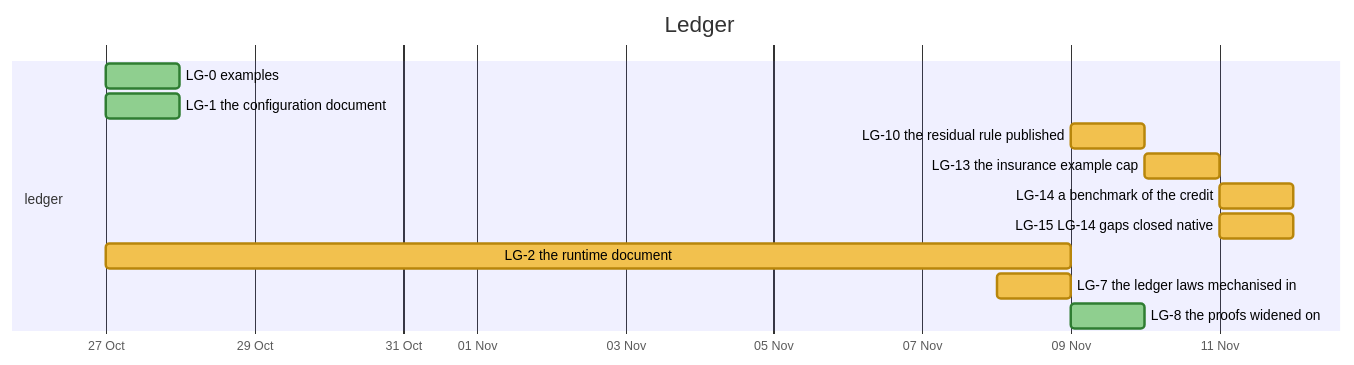
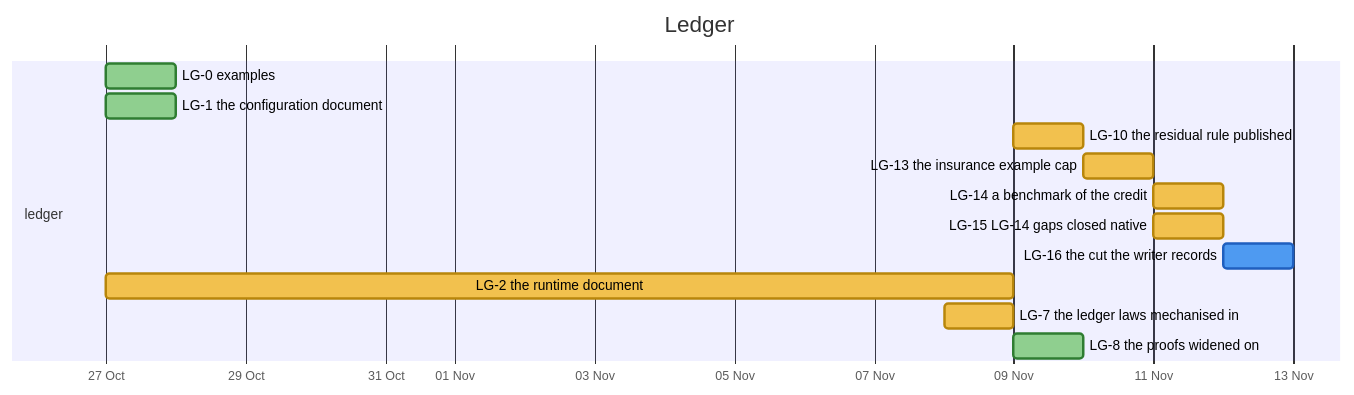
One commit to nebularis/lattice changed the tenth of 31 diagrams in docs/developer/ROADMAP.md. Above: the diagram before and after it, drawn with Mermaid. The commit also changed other lines of this file and 4 other files, not shown here.

````diff
--- a/docs/developer/ROADMAP.md
+++ b/docs/developer/ROADMAP.md
@@ -334,17 +334,18 @@
 ```mermaid
 %%{init: {"themeVariables": {"taskBkgColor": "#f2c14e", "taskBorderColor": "#b8860b", "taskTextColor": "#000000", "activeTaskBkgColor": "#4e9af1", "activeTaskBorderColor": "#1f5fbf", "activeTaskBorderColor": "#1f5fbf", "doneTaskBkgColor": "#8fcf8f", "doneTaskBorderColor": "#2f7d32", "critBkgColor": "#f28b82", "critBorderColor": "#b23a30", "taskTextDarkColor": "#000000", "taskTextLightColor": "#000000"}}}%%
 gantt
     title Ledger
     dateFormat YYYY-MM-DD
     axisFormat %d %b
     section ledger
     LG-0 examples :done, lg0, 2026-10-27, 2026-10-28
     LG-1 the configuration document :done, lg1, 2026-10-27, 2026-10-28
     LG-10 the residual rule published :lg10, 2026-11-09, 2026-11-10
     LG-13 the insurance example cap :lg13, 2026-11-10, 2026-11-11
     LG-14 a benchmark of the credit :lg14, 2026-11-11, 2026-11-12
     LG-15 LG-14 gaps closed native :lg15, 2026-11-11, 2026-11-12
+    LG-16 the cut the writer records :active, lg16, 2026-11-12, 2026-11-13
     LG-2 the runtime document :lg2, 2026-10-27, 2026-11-09
     LG-7 the ledger laws mechanised in :lg7, 2026-11-08, 2026-11-09
     LG-8 the proofs widened on :done, lg8, 2026-11-09, 2026-11-10
 ```
````
